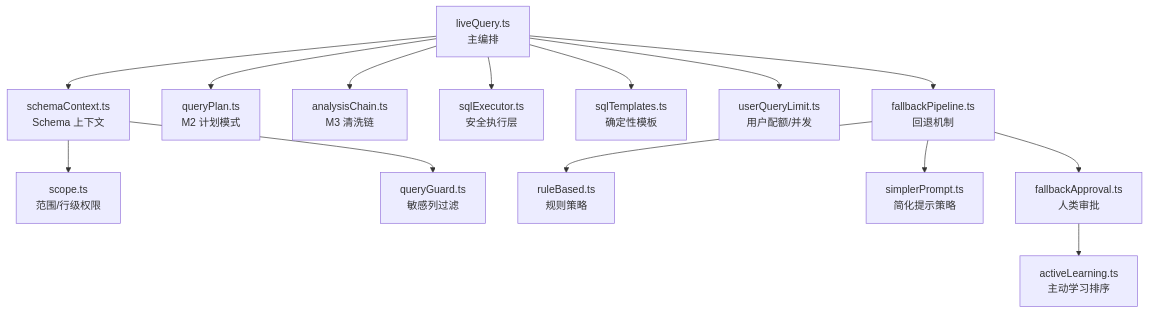
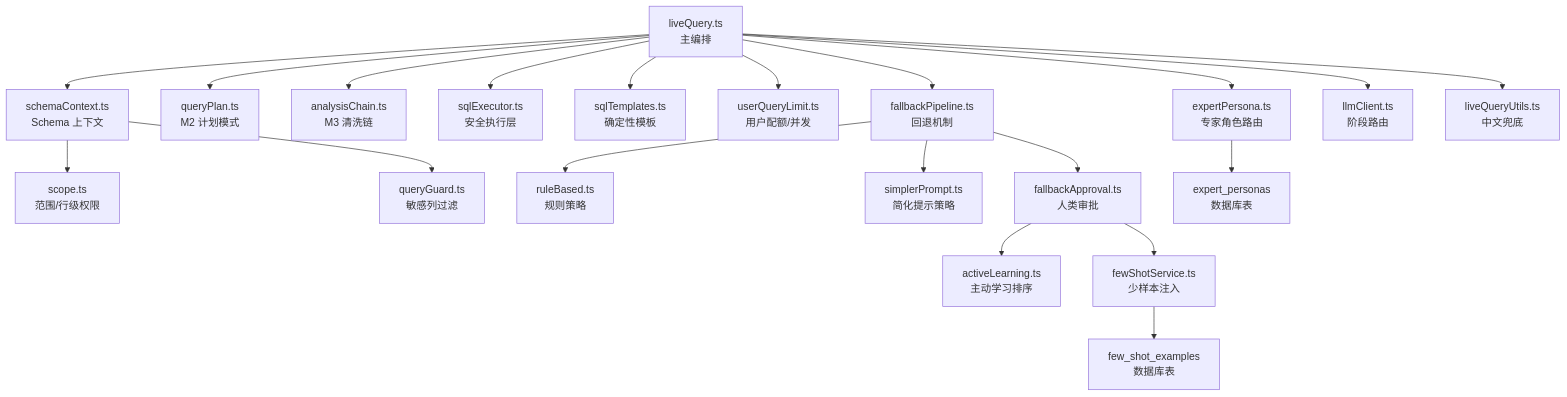
Before and after one commit to dgjin/smart-data-analytics: the first of 16 diagrams in .qoder/repowiki/zh/content/系统架构/核心组件详解/查询处理引擎/查询处理引擎.md, drawn with Mermaid. The commit also changed other lines of this file and 100 other files, not shown here.

````diff
--- a/.qoder/repowiki/zh/content/系统架构/核心组件详解/查询处理引擎/查询处理引擎.md
+++ b/.qoder/repowiki/zh/content/系统架构/核心组件详解/查询处理引擎/查询处理引擎.md
@@ -57,16 +63,22 @@
 ```mermaid
 graph TB
 A["liveQuery.ts<br/>主编排"] --> B["schemaContext.ts<br/>Schema 上下文"]
 A --> C["queryPlan.ts<br/>M2 计划模式"]
 A --> D["analysisChain.ts<br/>M3 清洗链"]
 A --> E["sqlExecutor.ts<br/>安全执行层"]
 B --> F["scope.ts<br/>范围/行级权限"]
 B --> G["queryGuard.ts<br/>敏感列过滤"]
 A --> H["sqlTemplates.ts<br/>确定性模板"]
 A --> I["userQueryLimit.ts<br/>用户配额/并发"]
 A --> J["fallbackPipeline.ts<br/>回退机制"]
 J --> K["ruleBased.ts<br/>规则策略"]
 J --> L["simplerPrompt.ts<br/>简化提示策略"]
 J --> M["fallbackApproval.ts<br/>人类审批"]
 M --> N["activeLearning.ts<br/>主动学习排序"]
+M --> O["fewShotService.ts<br/>少样本注入"]
+O --> P["few_shot_examples<br/>数据库表"]
+A --> Q["expertPersona.ts<br/>专家角色路由"]
+A --> R["llmClient.ts<br/>阶段路由"]
+A --> S["liveQueryUtils.ts<br/>中文兜底"]
+Q --> T["expert_personas<br/>数据库表"]
 ```
````
